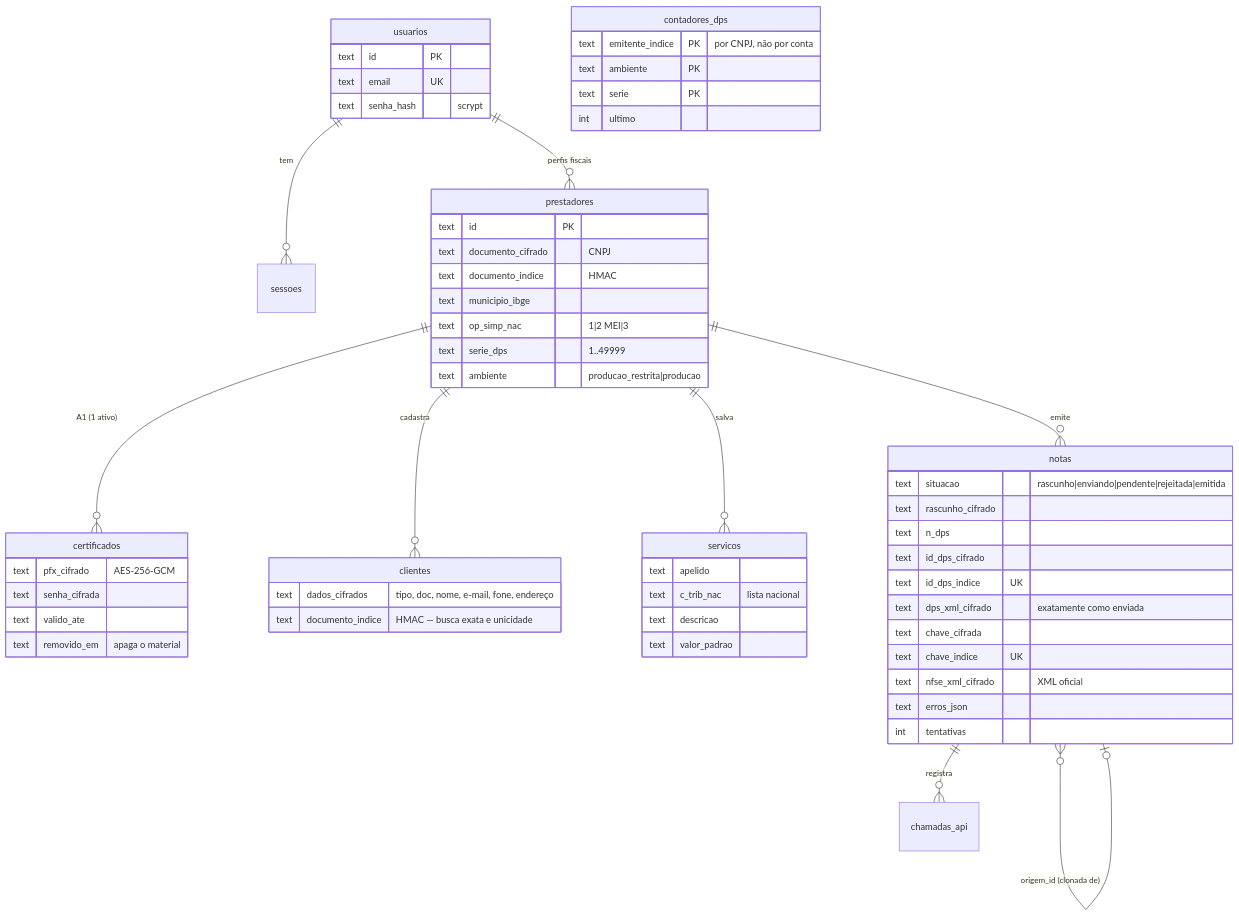
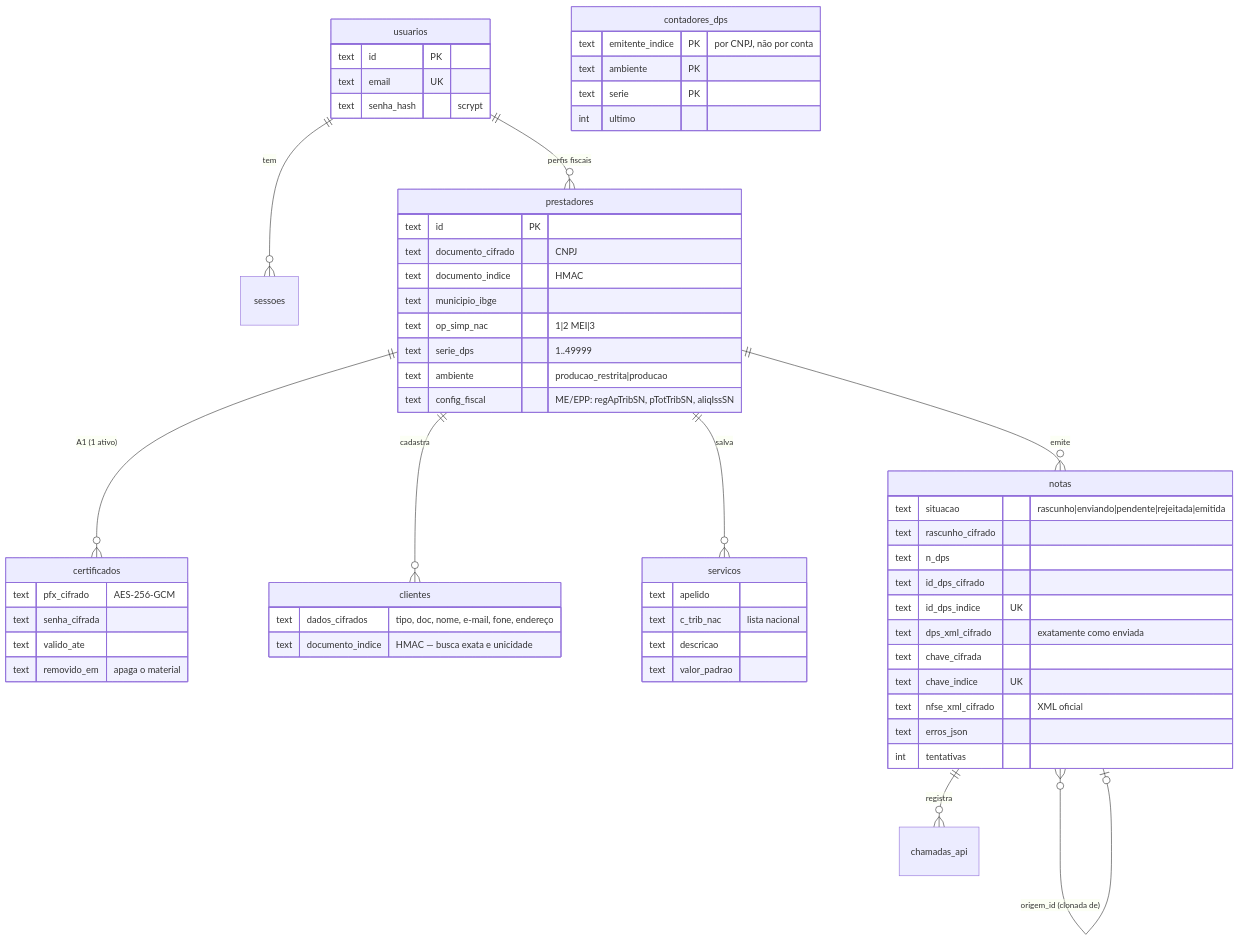
One commit to fredabsd-svg/NotaVez changed the second of 4 diagrams in docs/03-dados-e-integracao.md. Above: the diagram before and after it, drawn with Mermaid. The commit also changed other lines of this file and 46 other files, not shown here.

````diff
--- a/docs/03-dados-e-integracao.md
+++ b/docs/03-dados-e-integracao.md
@@ -30,60 +30,61 @@
 ```mermaid
 erDiagram
   usuarios ||--o{ sessoes : tem
   usuarios ||--o{ prestadores : "perfis fiscais"
   prestadores ||--o{ certificados : "A1 (1 ativo)"
   prestadores ||--o{ clientes : cadastra
   prestadores ||--o{ servicos : salva
   prestadores ||--o{ notas : emite
   notas ||--o{ chamadas_api : registra
   notas }o--o| notas : "origem_id (clonada de)"
   usuarios {
     text id PK
     text email UK
     text senha_hash "scrypt"
   }
   prestadores {
     text id PK
     text documento_cifrado "CNPJ"
     text documento_indice "HMAC"
     text municipio_ibge
     text op_simp_nac "1|2 MEI|3"
     text serie_dps "1..49999"
     text ambiente "producao_restrita|producao"
+    text config_fiscal "ME/EPP: regApTribSN, pTotTribSN, aliqIssSN"
   }
   certificados {
     text pfx_cifrado "AES-256-GCM"
     text senha_cifrada
     text valido_ate
     text removido_em "apaga o material"
   }
   clientes {
     text dados_cifrados "tipo, doc, nome, e-mail, fone, endereço"
     text documento_indice "HMAC — busca exata e unicidade"
   }
   servicos {
     text apelido
     text c_trib_nac "lista nacional"
     text descricao
     text valor_padrao
   }
   notas {
     text situacao "rascunho|enviando|pendente|rejeitada|emitida"
     text rascunho_cifrado
     text n_dps
     text id_dps_cifrado
     text id_dps_indice UK
     text dps_xml_cifrado "exatamente como enviada"
     text chave_cifrada
     text chave_indice UK
     text nfse_xml_cifrado "XML oficial"
     text erros_json
     int tentativas
   }
   contadores_dps {
     text emitente_indice PK "por CNPJ, não por conta"
     text ambiente PK
     text serie PK
     int ultimo
   }
 ```
````
